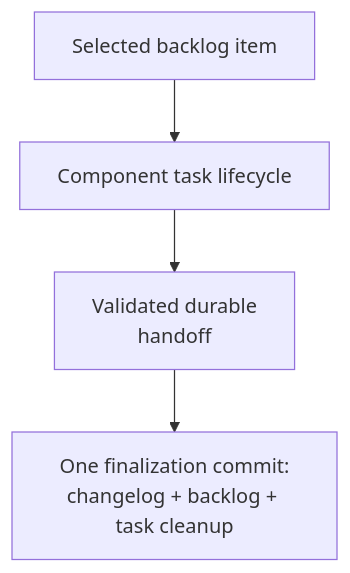
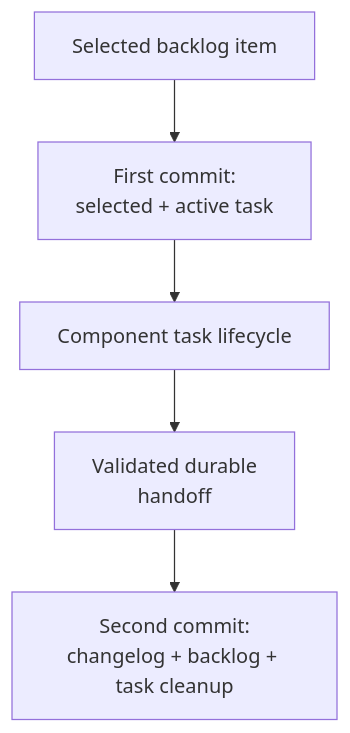
One commit to abstract-business-systems/as-is changed the diagram in skills/implementing-component-tasks/as-is.md. Above: the diagram before and after it, drawn with Mermaid. The commit also changed other lines of this file and 10 other files, not shown here.

Commit message:
docs(protocol): define two-commit task flow

````diff
--- a/skills/implementing-component-tasks/as-is.md
+++ b/skills/implementing-component-tasks/as-is.md
@@ -18,6 +18,7 @@
 ```mermaid
 flowchart TD
-    A["Selected backlog item"] --> B["Component task lifecycle"]
+    A["Selected backlog item"] --> Start["First commit:<br/>selected + active task"]
+    Start --> B["Component task lifecycle"]
     B --> C["Validated durable<br/>handoff"]
-    C --> D["One finalization commit:<br/>changelog + backlog + task cleanup"]
+    C --> D["Second commit:<br/>changelog + backlog + task cleanup"]
 ```
````
